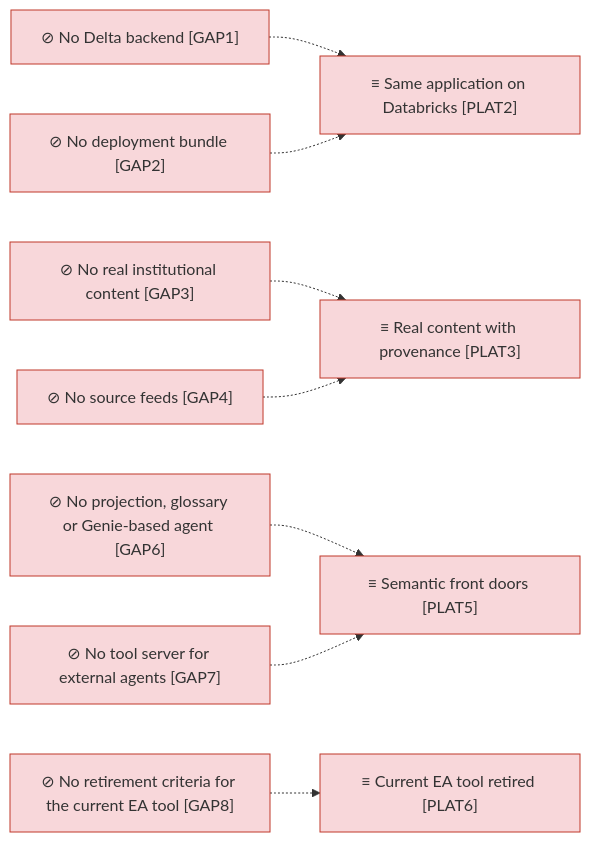
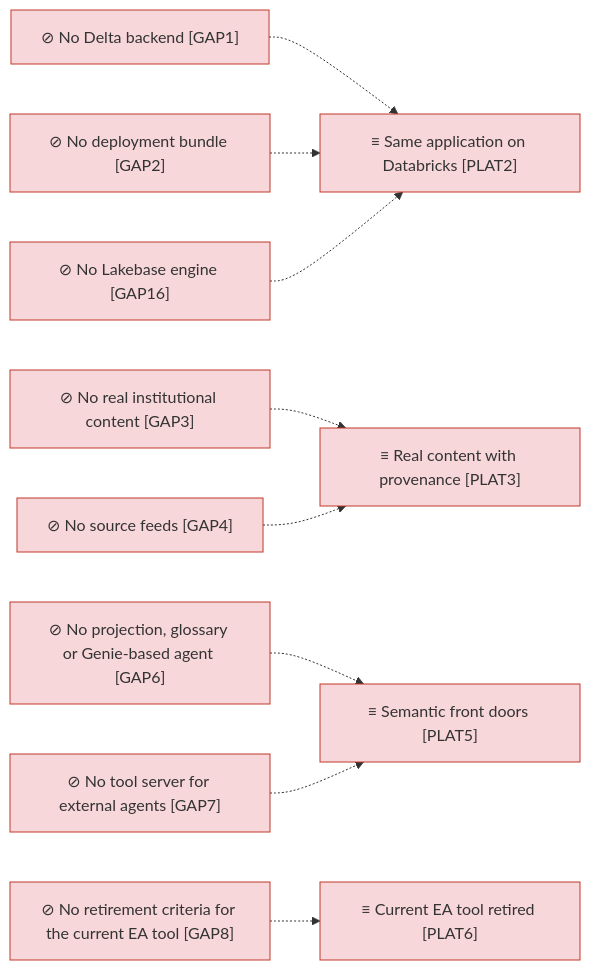
One commit to roanboc/dbx-enterprise-architecture changed the third of 4 diagrams in architecture/6_transition/1_target-state.md. Above: the diagram before and after it, drawn with Mermaid. The commit also changed other lines of this file and 12 other files, not shown here.

````diff
--- a/architecture/6_transition/1_target-state.md
+++ b/architecture/6_transition/1_target-state.md
@@ -55,23 +55,25 @@
 ```mermaid
 flowchart LR
   p2["≡ Same application on Databricks [PLAT2]"]:::implementation
   p3["≡ Real content with provenance [PLAT3]"]:::implementation
   p5["≡ Semantic front doors [PLAT5]"]:::implementation
   p6["≡ Current EA tool retired [PLAT6]"]:::implementation
   g1["⊘ No Delta backend [GAP1]"]:::implementation
   g2["⊘ No deployment bundle [GAP2]"]:::implementation
+  g16["⊘ No Lakebase engine [GAP16]"]:::implementation
   g3["⊘ No real institutional content [GAP3]"]:::implementation
   g4["⊘ No source feeds [GAP4]"]:::implementation
   g6["⊘ No projection, glossary or Genie-based agent [GAP6]"]:::implementation
   g7["⊘ No tool server for external agents [GAP7]"]:::implementation
   g8["⊘ No retirement criteria for the current EA tool [GAP8]"]:::implementation
   g1 -.-> p2
   g2 -.-> p2
+  g16 -.-> p2
   g3 -.-> p3
   g4 -.-> p3
   g6 -.-> p5
   g7 -.-> p5
   g8 -.-> p6
 
   classDef implementation fill:#f8d7da,stroke:#c0392b,color:#333
 ```
````
